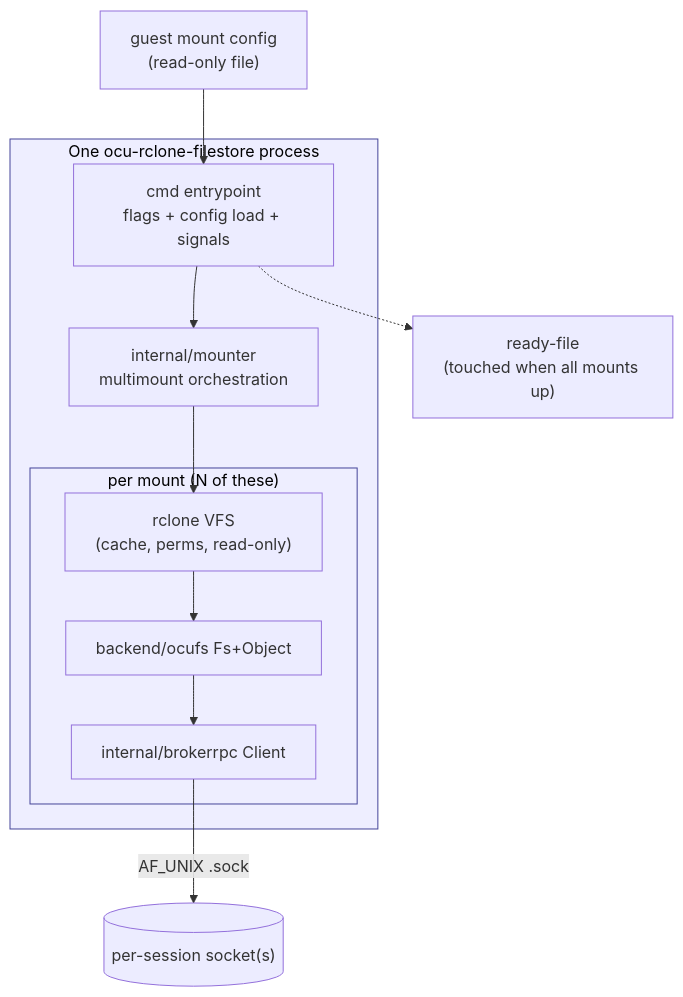
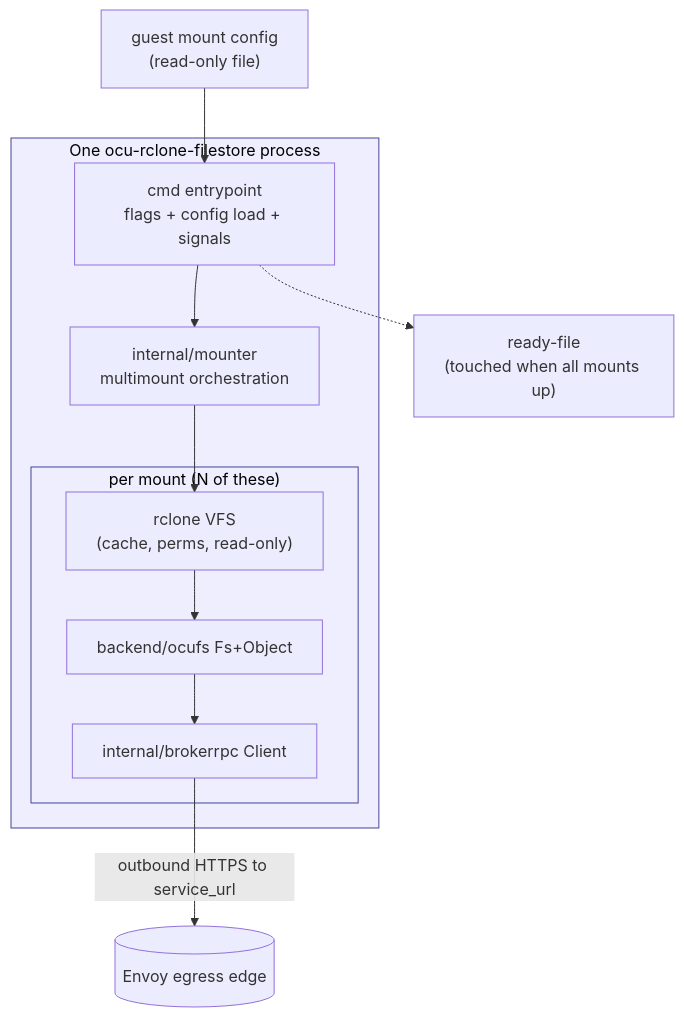
Before and after one commit to Wide-Moat/ocu-rclone-filestore: the fourth of 5 diagrams in docs/architecture.md, drawn with Mermaid. The commit also changed other lines of this file, not shown here.

First line of the commit message:
docs(G-01): rewrite architecture.md to the HTTPS/REST+JWT+Envoy model

````diff
--- a/docs/architecture.md
+++ b/docs/architecture.md
@@ -304,21 +333,21 @@
 ```mermaid
 flowchart TB
     subgraph proc["One ocu-rclone-filestore process"]
         main["cmd entrypoint<br/>flags + config load + signals"]
         mounter["internal/mounter<br/>multimount orchestration"]
         subgraph perMount["per mount (N of these)"]
             vfs["rclone VFS<br/>(cache, perms, read-only)"]
             fs["backend/ocufs Fs+Object"]
             rpc["internal/brokerrpc Client"]
         end
         main --> mounter --> vfs --> fs --> rpc
     end
 
     cfg["guest mount config<br/>(read-only file)"] --> main
     ready["ready-file<br/>(touched when all mounts up)"]
     main -.-> ready
-    rpc -->|"AF_UNIX <filesystem_id>.sock"| sock[("per-session socket(s)")]
+    rpc -->|"outbound HTTPS to service_url"| edge[("Envoy egress edge")]
 
     classDef box fill:#eef,stroke:#449,color:#000
     class proc,perMount box
 ```
````
